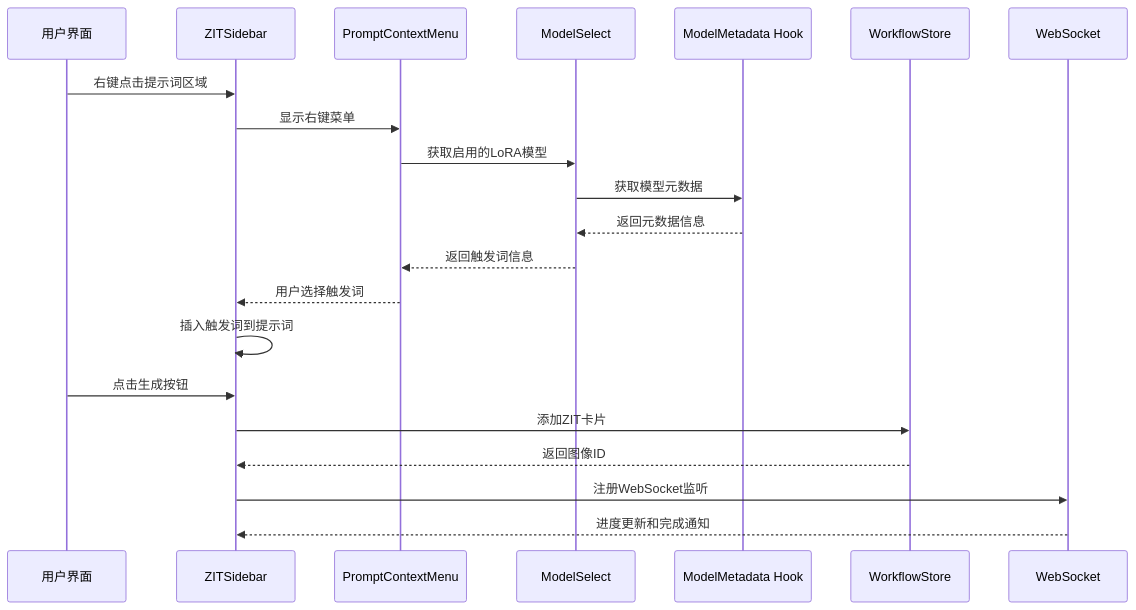
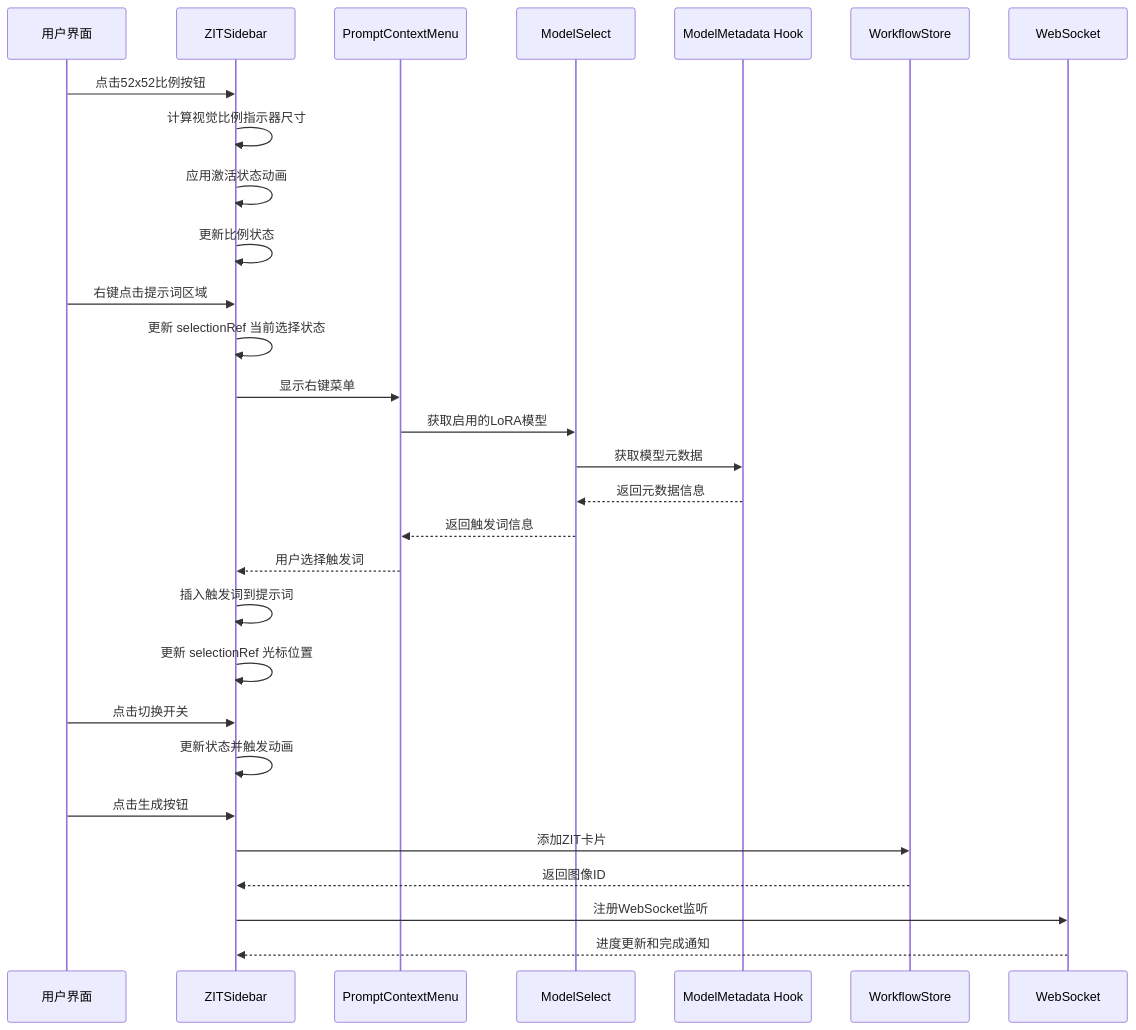
One commit to billye220670/CorineKit_Pix2Real changed the second of 16 diagrams in .qoder/repowiki/zh/content/用户界面组件/控制面板组件/ZIT快出侧边栏.md. Above: the diagram before and after it, drawn with Mermaid. The commit also changed other lines of this file and 49 other files, not shown here.

````diff
--- a/.qoder/repowiki/zh/content/用户界面组件/控制面板组件/ZIT快出侧边栏.md
+++ b/.qoder/repowiki/zh/content/用户界面组件/控制面板组件/ZIT快出侧边栏.md
@@ -190,23 +261,31 @@
 ```mermaid
 sequenceDiagram
 participant U as 用户界面
 participant Z as ZITSidebar
 participant PC as PromptContextMenu
 participant MS as ModelSelect
 participant MM as ModelMetadata Hook
 participant WF as WorkflowStore
 participant S as WebSocket
+U->>Z : 点击52x52比例按钮
+Z->>Z : 计算视觉比例指示器尺寸
+Z->>Z : 应用激活状态动画
+Z->>Z : 更新比例状态
 U->>Z : 右键点击提示词区域
+Z->>Z : 更新 selectionRef 当前选择状态
 Z->>PC : 显示右键菜单
 PC->>MS : 获取启用的LoRA模型
 MS->>MM : 获取模型元数据
 MM-->>MS : 返回元数据信息
 MS-->>PC : 返回触发词信息
 PC-->>Z : 用户选择触发词
 Z->>Z : 插入触发词到提示词
+Z->>Z : 更新 selectionRef 光标位置
+U->>Z : 点击切换开关
+Z->>Z : 更新状态并触发动画
 U->>Z : 点击生成按钮
 Z->>WF : 添加ZIT卡片
 WF-->>Z : 返回图像ID
 Z->>S : 注册WebSocket监听
 S-->>Z : 进度更新和完成通知
 ```
````
